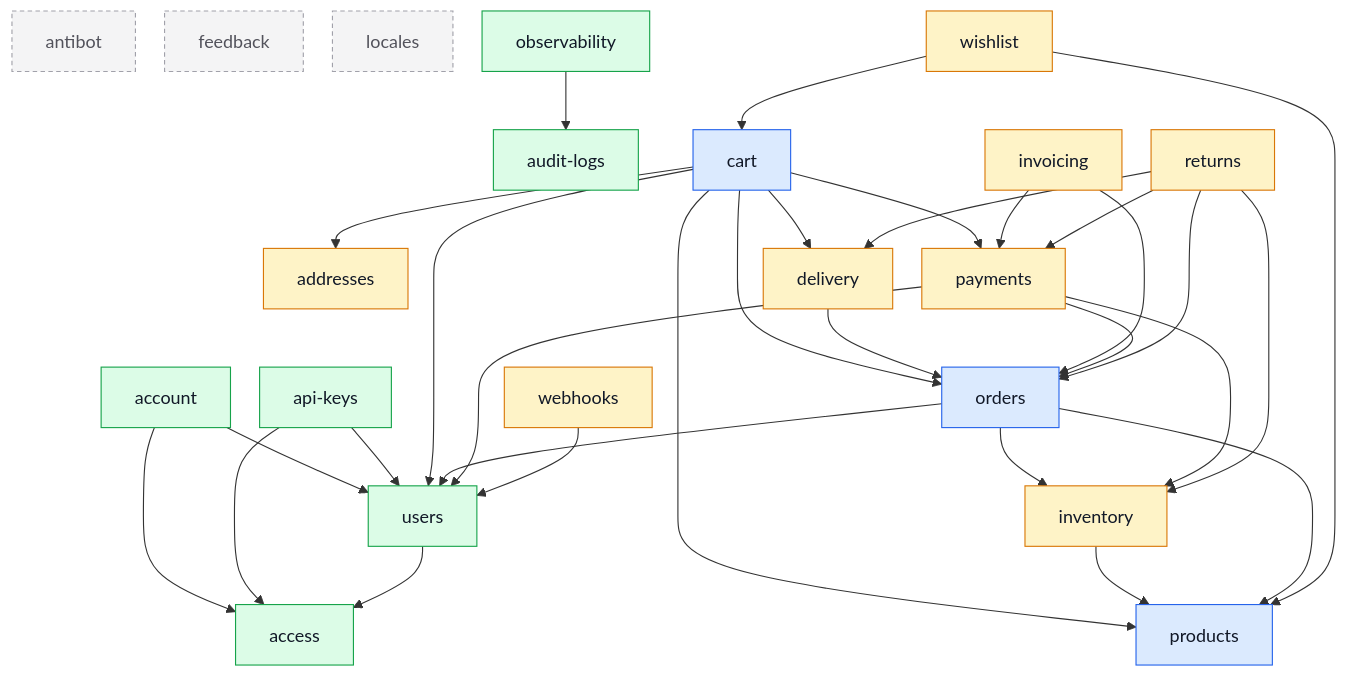
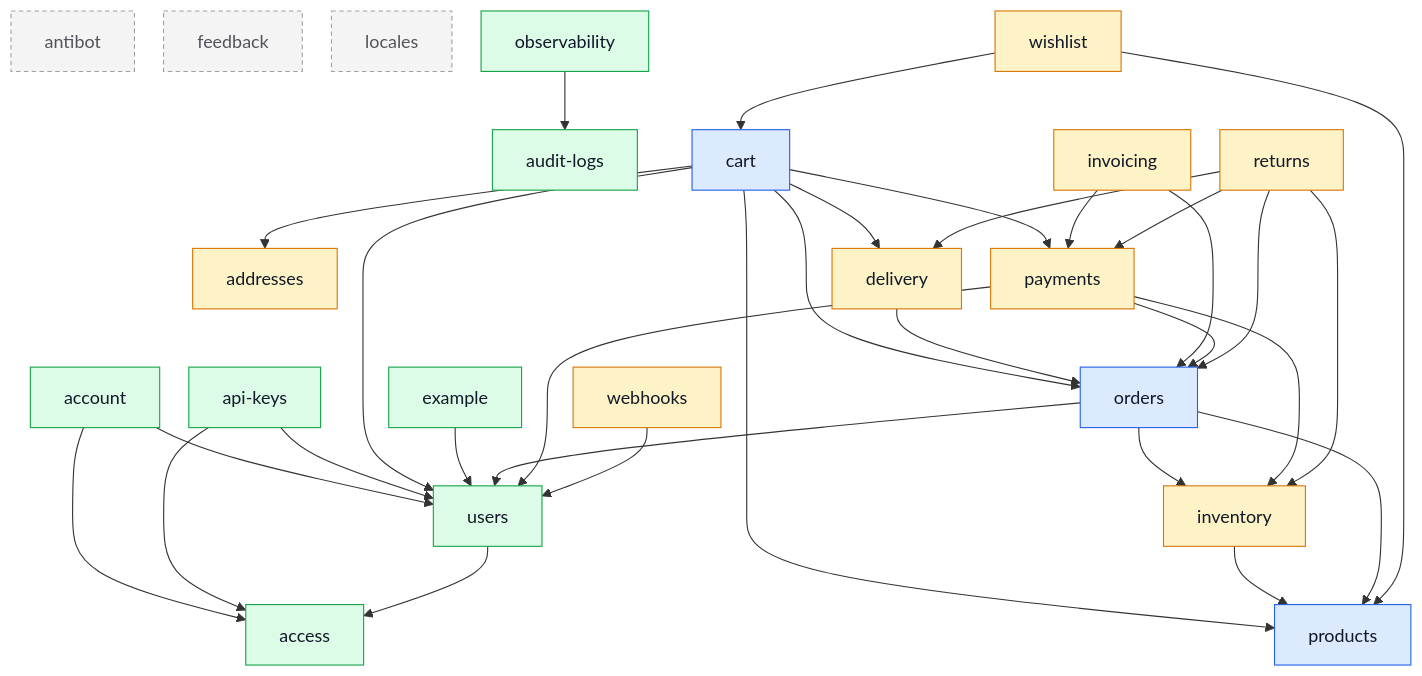
The diagram in docs/modules/index.md (Guebbit/boilerplate-node-backend), drawn with Mermaid before and after one commit. The commit also changed other lines of this file and 67 other files, not shown here.

````diff
--- a/docs/modules/index.md
+++ b/docs/modules/index.md
@@ -40,63 +40,65 @@
 ```mermaid
 %%{init: {'flowchart': {'nodeSpacing': 26, 'rankSpacing': 52}}}%%
 flowchart TD
     access
     account
     addresses
     antibot
     api_keys["api-keys"]
     audit_logs["audit-logs"]
     cart
     delivery
+    example
     feedback
     inventory
     invoicing
     locales
     observability
     orders
     payments
     products
     returns
     users
     webhooks
     wishlist
 
     account --> access
     account --> users
     api_keys --> access
     api_keys --> users
     cart --> addresses
     cart --> delivery
     cart --> orders
     cart --> payments
     cart --> products
     cart --> users
     delivery --> orders
+    example --> users
     inventory --> products
     invoicing --> orders
     invoicing --> payments
     observability --> audit_logs
     orders --> inventory
     orders --> products
     orders --> users
     payments --> inventory
     payments --> orders
     payments --> users
     returns --> delivery
     returns --> inventory
     returns --> orders
     returns --> payments
     users --> access
     webhooks --> users
     wishlist --> cart
     wishlist --> products
 
     classDef core fill:#dbeafe,stroke:#2563eb,color:#111827;
     classDef supporting fill:#fef3c7,stroke:#d97706,color:#111827;
     classDef generic fill:#dcfce7,stroke:#16a34a,color:#111827;
     classDef isolated fill:#f4f4f5,stroke:#a1a1aa,color:#52525b,stroke-dasharray:4 3;
     class cart,orders,products core;
     class addresses,delivery,inventory,invoicing,payments,returns,webhooks,wishlist supporting;
-    class access,account,api_keys,audit_logs,observability,users generic;
+    class access,account,api_keys,audit_logs,example,observability,users generic;
     class antibot,feedback,locales isolated;
 ```
````
